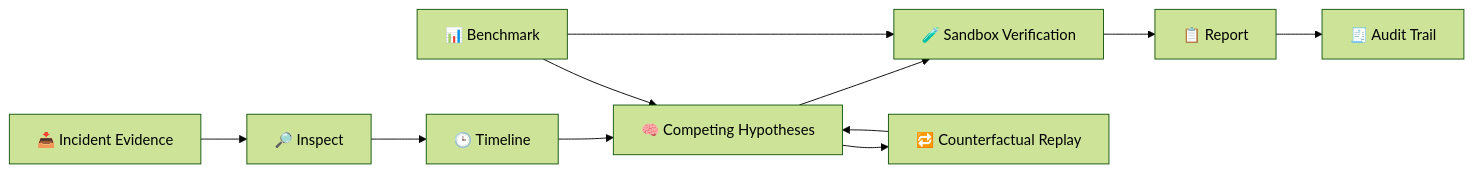
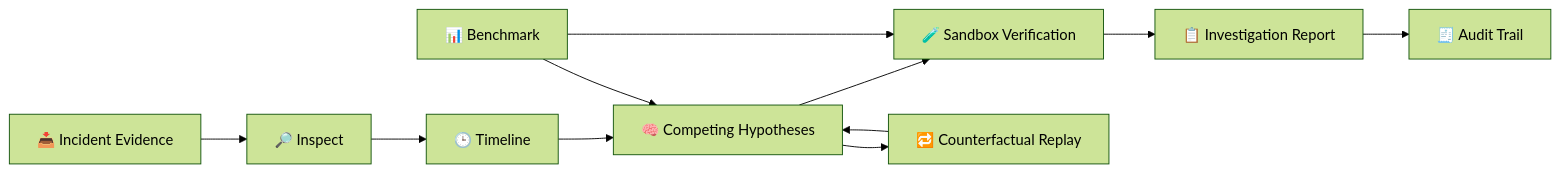
Before and after one commit to nitindrathod4-alt/opstwin-agentic-workflows: the diagram in README.md, drawn with Mermaid (forest theme). The commit also changed other lines of this file, not shown here.

````diff
--- a/README.md
+++ b/README.md
@@ -150,13 +158,13 @@
 ```mermaid
 flowchart LR
     A[📥 Incident Evidence] --> B[🔎 Inspect]
     B --> C[🕒 Timeline]
     C --> D[🧠 Competing Hypotheses]
     D --> E[🧪 Sandbox Verification]
-    E --> F[📋 Report]
+    E --> F[📋 Investigation Report]
     F --> G[🧾 Audit Trail]
     D --> H[🔁 Counterfactual Replay]
     H --> D
     I[📊 Benchmark] --> D
     I --> E
 ```
````
